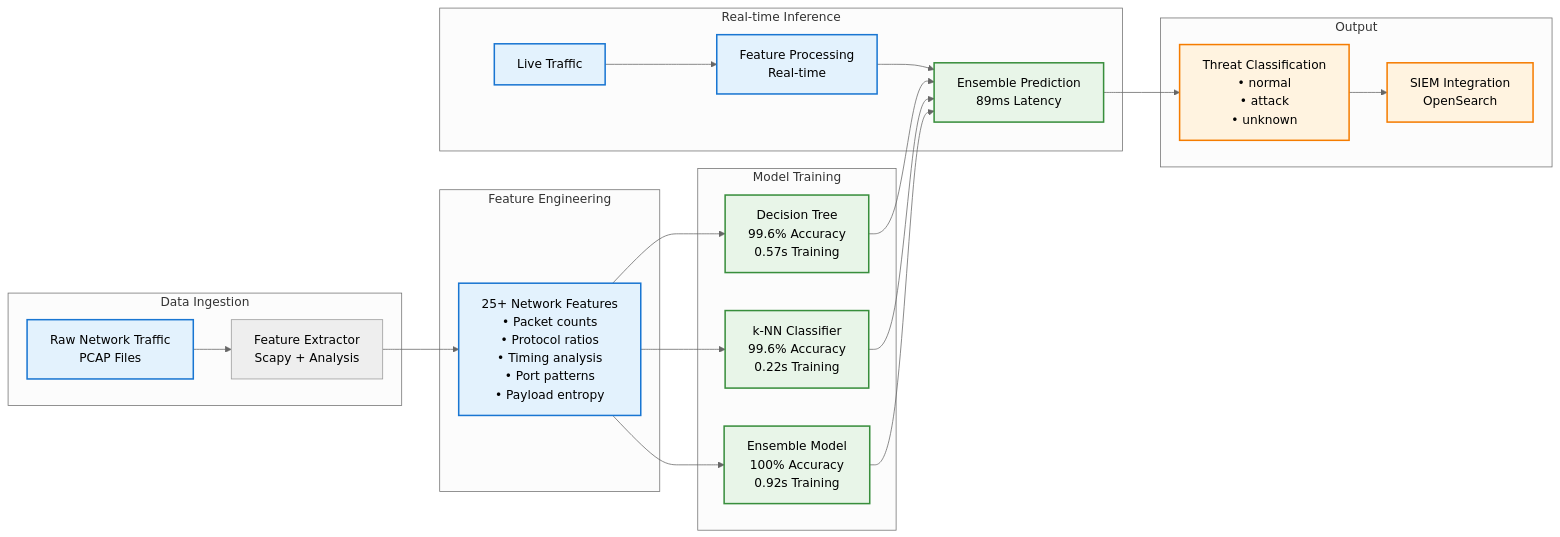
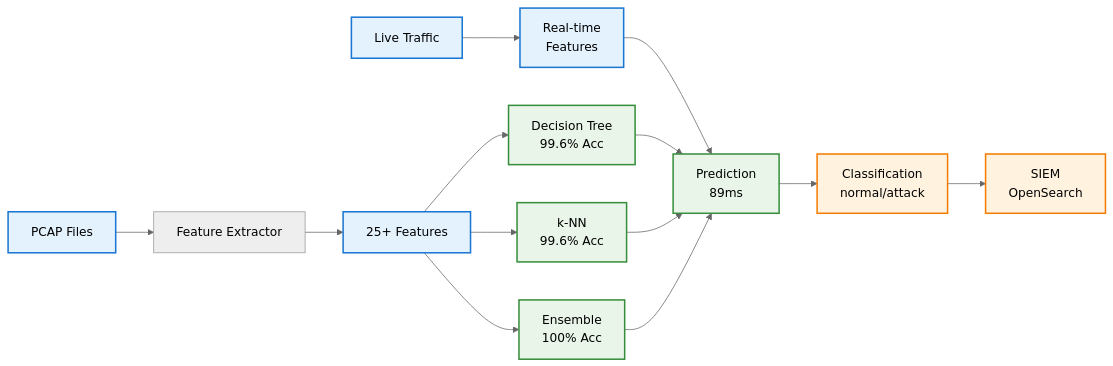
The second of 5 diagrams in README.md (holdennguyen/suricata-ml-ids), drawn with Mermaid (neutral theme) before and after one commit. The commit also changed other lines of this file and 1 other file, not shown here.

First line of the commit message:
fix: resolve git tracking and optimize Mermaid diagrams

````diff
--- a/README.md
+++ b/README.md
@@ -95,37 +86,27 @@
 ```mermaid
-graph LR
-    subgraph "Data Ingestion"
-        A[Raw Network Traffic<br/>PCAP Files] --> B[Feature Extractor<br/>Scapy + Analysis]
-    end
+flowchart LR
+    A[PCAP Files] --> B[Feature Extractor]
+    B --> C[25+ Features]
     
-    subgraph "Feature Engineering"
-        B --> C[25+ Network Features<br/>• Packet counts<br/>• Protocol ratios<br/>• Timing analysis<br/>• Port patterns<br/>• Payload entropy]
-    end
+    C --> D[Decision Tree<br/>99.6% Acc]
+    C --> E[k-NN<br/>99.6% Acc]  
+    C --> F[Ensemble<br/>100% Acc]
     
-    subgraph "Model Training"
-        C --> D[Decision Tree<br/>99.6% Accuracy<br/>0.57s Training]
-        C --> E[k-NN Classifier<br/>99.6% Accuracy<br/>0.22s Training]
-        C --> F[Ensemble Model<br/>100% Accuracy<br/>0.92s Training]
-    end
+    G[Live Traffic] --> H[Real-time<br/>Features]
+    H --> I[Prediction<br/>89ms]
     
-    subgraph "Real-time Inference"
-        G[Live Traffic] --> H[Feature Processing<br/>Real-time]
-        H --> I[Ensemble Prediction<br/>89ms Latency]
-        D --> I
-        E --> I
-        F --> I
-    end
+    D --> I
+    E --> I
+    F --> I
     
-    subgraph "Output"
-        I --> J[Threat Classification<br/>• normal<br/>• attack<br/>• unknown]
-        J --> K[SIEM Integration<br/>OpenSearch]
-    end
+    I --> J[Classification<br/>normal/attack]
+    J --> K[SIEM<br/>OpenSearch]
     
-    classDef dataNode fill:#e3f2fd,stroke:#1976d2,stroke-width:2px
-    classDef mlNode fill:#e8f5e8,stroke:#388e3c,stroke-width:2px
-    classDef outputNode fill:#fff3e0,stroke:#f57c00,stroke-width:2px
+    classDef data fill:#e3f2fd,stroke:#1976d2,stroke-width:2px
+    classDef ml fill:#e8f5e8,stroke:#388e3c,stroke-width:2px
+    classDef output fill:#fff3e0,stroke:#f57c00,stroke-width:2px
     
-    class A,C,G,H dataNode
-    class D,E,F,I mlNode
-    class J,K outputNode
+    class A,C,G,H data
+    class D,E,F,I ml
+    class J,K output
 ```
````
